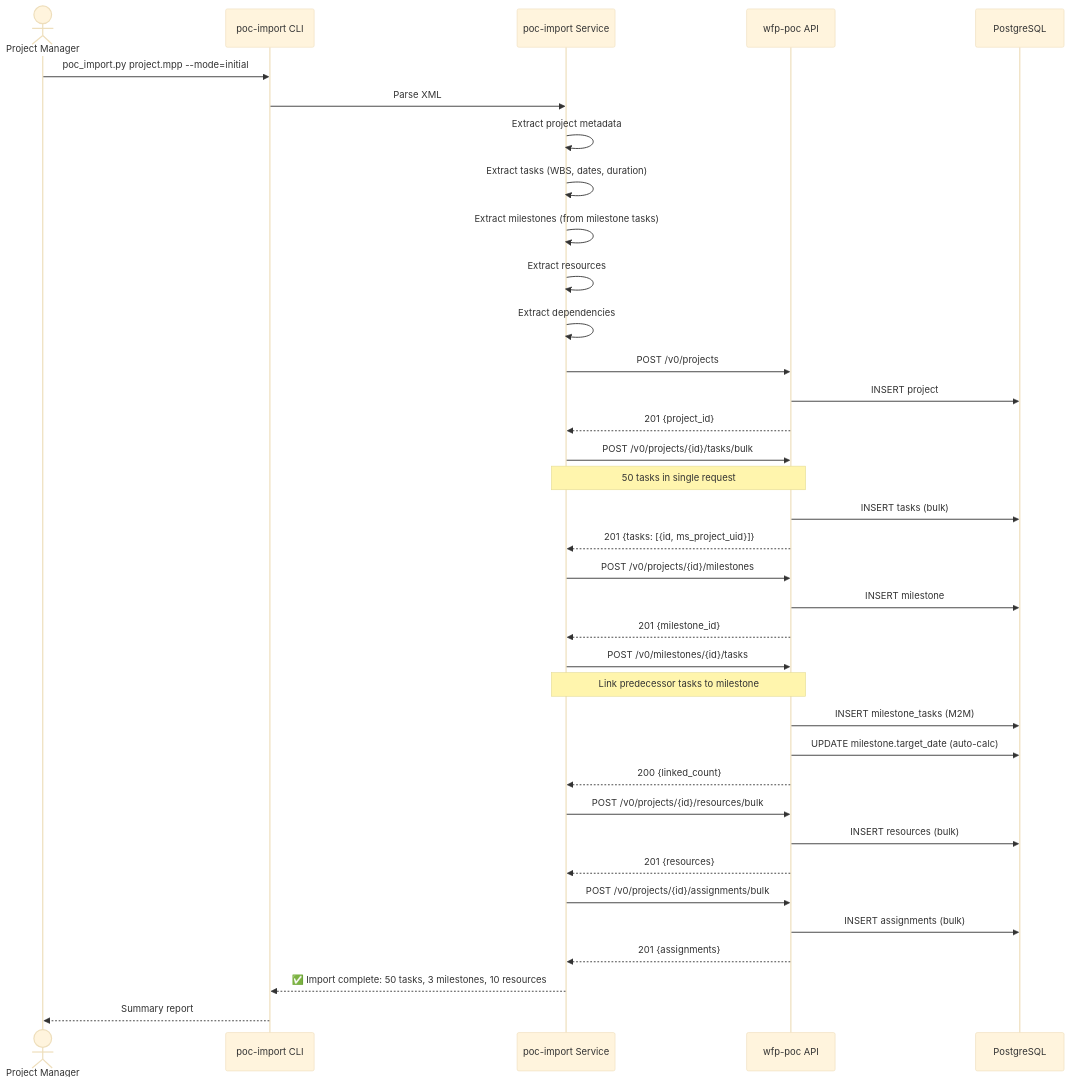
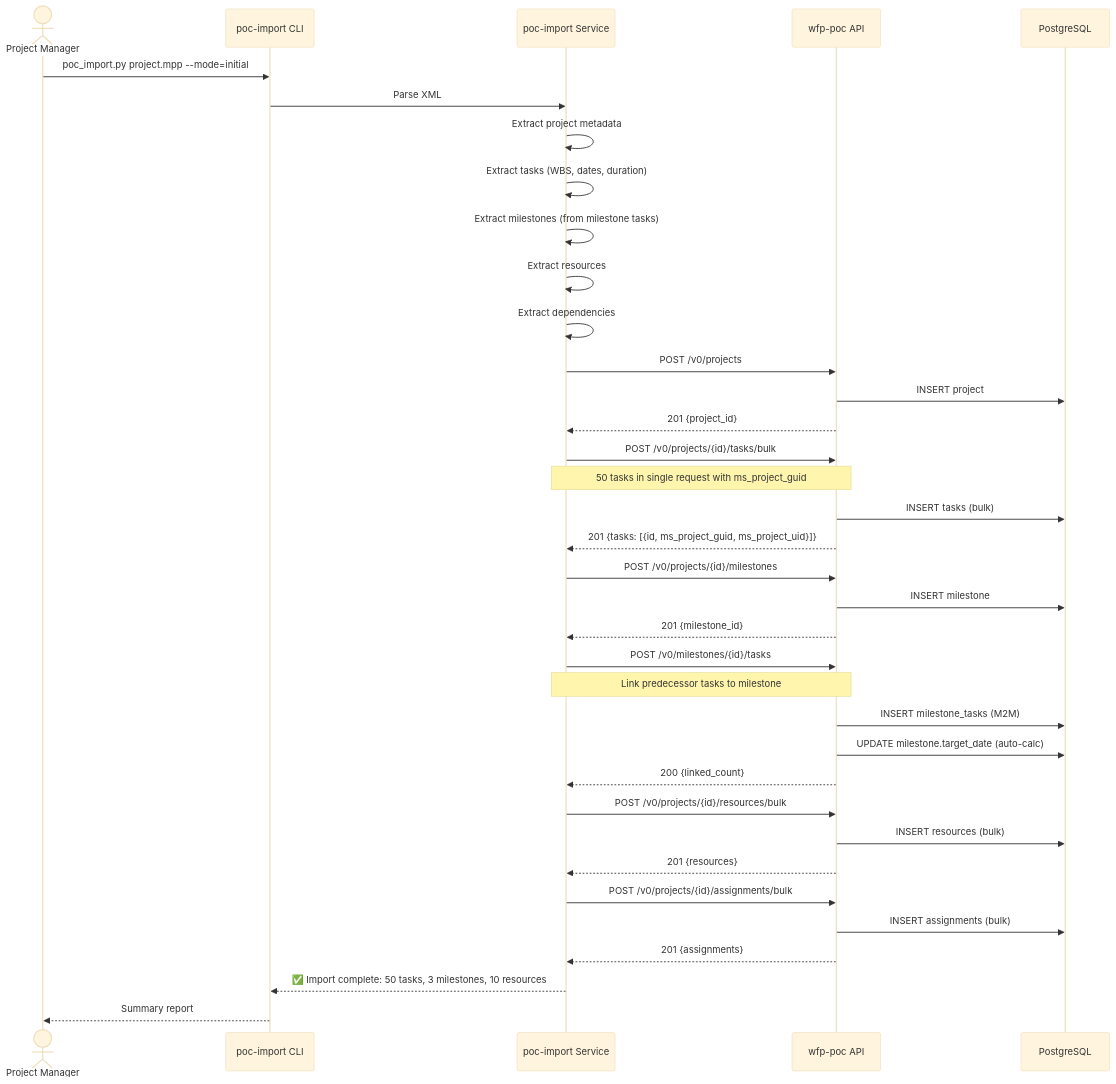
Before and after one commit to waterfall-project/wfp-poc: the second of 5 diagrams in spec/integration-wfp-services.md, drawn with Mermaid (base theme). The commit also changed other lines of this file and 1 other file, not shown here.

First line of the commit message:
fix(spec): use ms_project_guid (GUID) instead of ms_project_uid (UID) for stable upsert

````diff
--- a/spec/integration-wfp-services.md
+++ b/spec/integration-wfp-services.md
@@ -191,46 +194,46 @@
 ```mermaid
 sequenceDiagram
     actor PM as Project Manager
     participant CLI as poc-import CLI
     participant IMP as poc-import Service
     participant API as wfp-poc API
     participant DB as PostgreSQL
     
     PM->>CLI: poc_import.py project.mpp --mode=initial
     CLI->>IMP: Parse XML
     IMP->>IMP: Extract project metadata
     IMP->>IMP: Extract tasks (WBS, dates, duration)
     IMP->>IMP: Extract milestones (from milestone tasks)
     IMP->>IMP: Extract resources
     IMP->>IMP: Extract dependencies
     
     IMP->>API: POST /v0/projects
     API->>DB: INSERT project
     API-->>IMP: 201 {project_id}
     
     IMP->>API: POST /v0/projects/{id}/tasks/bulk
-    Note over IMP,API: 50 tasks in single request
+    Note over IMP,API: 50 tasks in single request with ms_project_guid
     API->>DB: INSERT tasks (bulk)
-    API-->>IMP: 201 {tasks: [{id, ms_project_uid}]}
+    API-->>IMP: 201 {tasks: [{id, ms_project_guid, ms_project_uid}]}
     
     IMP->>API: POST /v0/projects/{id}/milestones
     API->>DB: INSERT milestone
     API-->>IMP: 201 {milestone_id}
     
     IMP->>API: POST /v0/milestones/{id}/tasks
     Note over IMP,API: Link predecessor tasks to milestone
     API->>DB: INSERT milestone_tasks (M2M)
     API->>DB: UPDATE milestone.target_date (auto-calc)
     API-->>IMP: 200 {linked_count}
     
     IMP->>API: POST /v0/projects/{id}/resources/bulk
     API->>DB: INSERT resources (bulk)
     API-->>IMP: 201 {resources}
     
     IMP->>API: POST /v0/projects/{id}/assignments/bulk
     API->>DB: INSERT assignments (bulk)
     API-->>IMP: 201 {assignments}
     
     IMP-->>CLI: ✅ Import complete: 50 tasks, 3 milestones, 10 resources
     CLI-->>PM: Summary report
 ```
````
